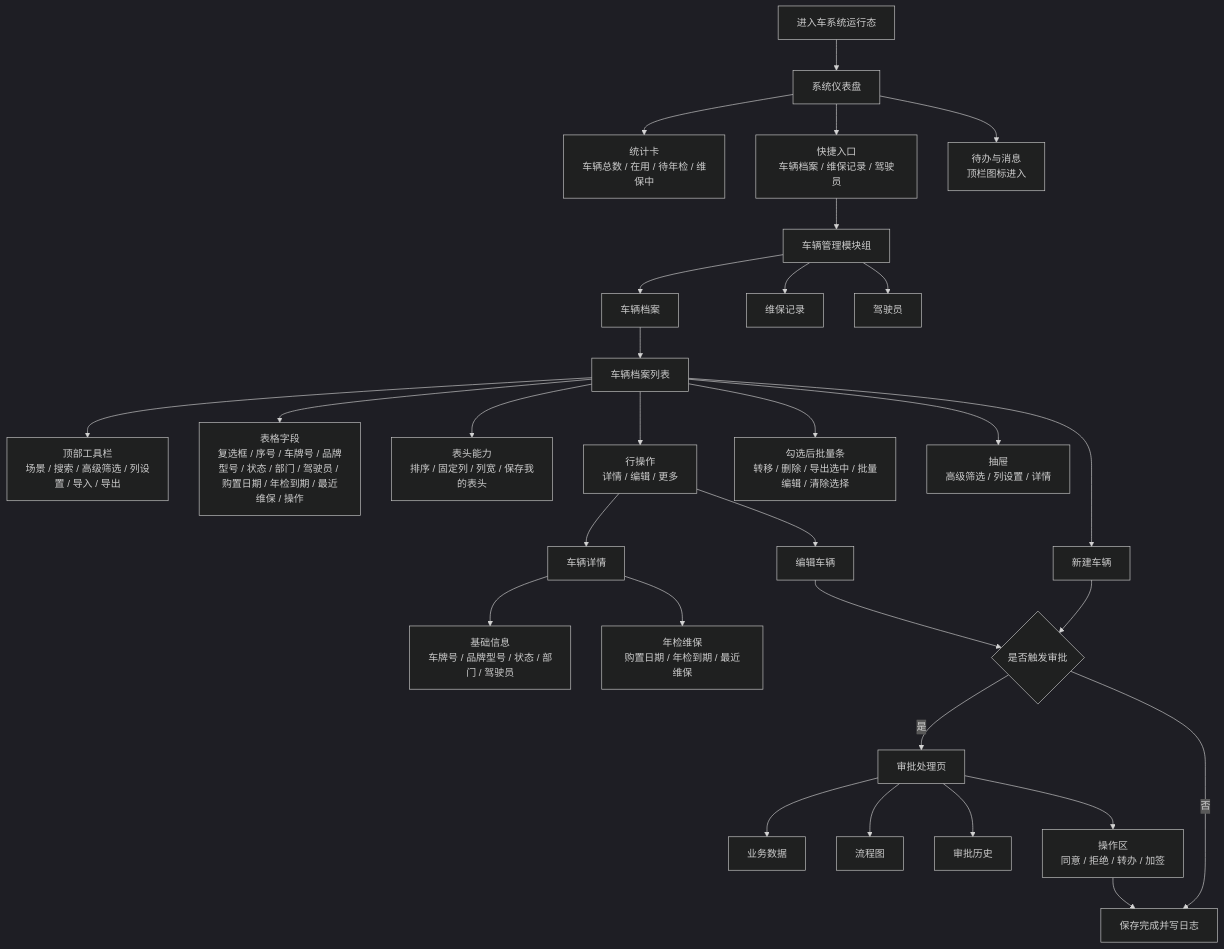
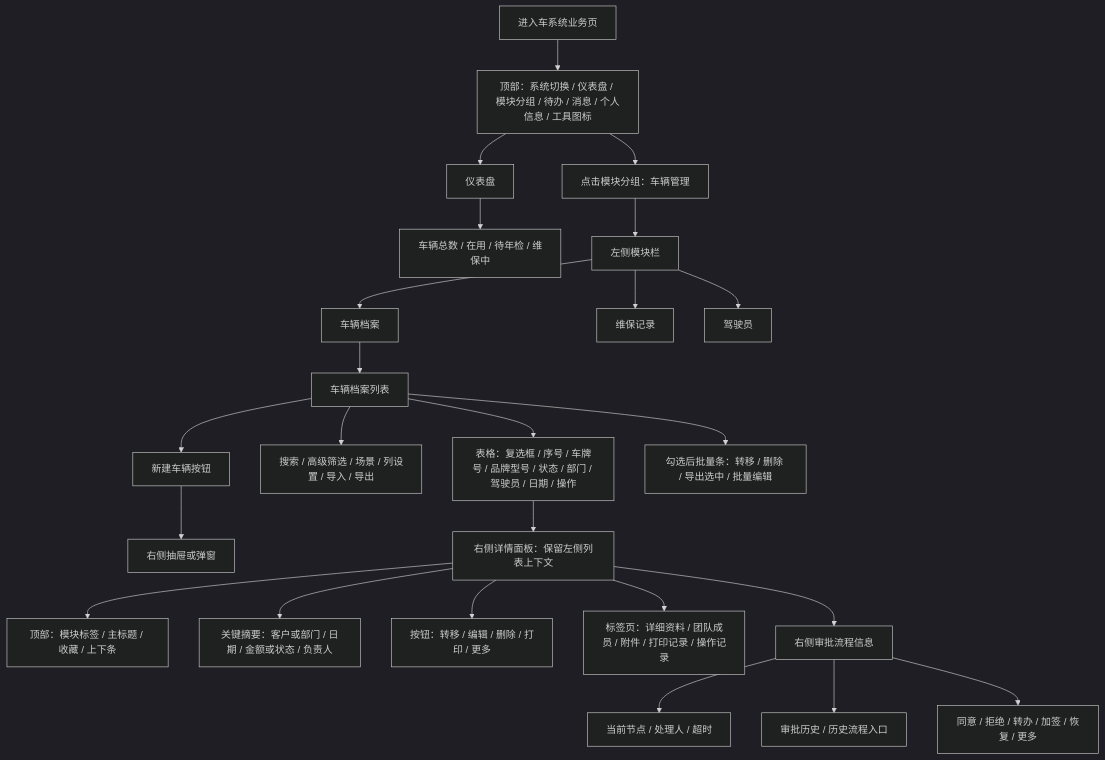
Before and after one commit to ceshi20160607/examine2: the third of 6 diagrams in docs/product-ns-map.md, drawn with Mermaid (dark theme). The commit also changed other lines of this file and 112 other files, not shown here.

````diff
--- a/docs/product-ns-map.md
+++ b/docs/product-ns-map.md
@@ -216,36 +120,27 @@
 ```mermaid
 flowchart TD
-    A["进入车系统运行态"] --> B["系统仪表盘"]
-    B --> B1["统计卡<br/>车辆总数 / 在用 / 待年检 / 维保中"]
-    B --> B2["快捷入口<br/>车辆档案 / 维保记录 / 驾驶员"]
-    B --> B3["待办与消息<br/>顶栏图标进入"]
+    A["进入车系统业务页"] --> B["顶部：系统切换 / 仪表盘 / 模块分组 / 待办 / 消息 / 个人信息 / 工具图标"]
+    B --> C["仪表盘"]
+    C --> C1["车辆总数 / 在用 / 待年检 / 维保中"]
+    B --> D["点击模块分组：车辆管理"]
+    D --> L["左侧模块栏"]
+    L --> D1["车辆档案"]
+    L --> D2["维保记录"]
+    L --> D3["驾驶员"]
 
-    B2 --> C["车辆管理模块组"]
-    C --> C1["车辆档案"]
-    C --> C2["维保记录"]
-    C --> C3["驾驶员"]
-
-    C1 --> D["车辆档案列表"]
-    D --> D1["顶部工具栏<br/>场景 / 搜索 / 高级筛选 / 列设置 / 导入 / 导出"]
-    D --> D2["表格字段<br/>复选框 / 序号 / 车牌号 / 品牌型号 / 状态 / 部门 / 驾驶员 / 购置日期 / 年检到期 / 最近维保 / 操作"]
-    D --> D3["表头能力<br/>排序 / 固定列 / 列宽 / 保存我的表头"]
-    D --> D4["行操作<br/>详情 / 编辑 / 更多"]
-    D --> D5["勾选后批量条<br/>转移 / 删除 / 导出选中 / 批量编辑 / 清除选择"]
-    D --> D6["抽屉<br/>高级筛选 / 列设置 / 详情"]
-
-    D4 --> E["车辆详情"]
-    D4 --> F["编辑车辆"]
-    D --> G["新建车辆"]
-    E --> E1["基础信息<br/>车牌号 / 品牌型号 / 状态 / 部门 / 驾驶员"]
-    E --> E2["年检维保<br/>购置日期 / 年检到期 / 最近维保"]
-    G --> H{"是否触发审批"}
-    F --> H
-    H -->|是| I["审批处理页"]
-    H -->|否| J["保存完成并写日志"]
-
-    I --> I1["业务数据"]
-    I --> I2["流程图"]
-    I --> I3["审批历史"]
-    I --> I4["操作区<br/>同意 / 拒绝 / 转办 / 加签"]
-    I4 --> J
+    D1 --> E["车辆档案列表"]
+    E --> E1["新建车辆按钮"]
+    E1 --> F["右侧抽屉或弹窗"]
+    E --> E2["搜索 / 高级筛选 / 场景 / 列设置 / 导入 / 导出"]
+    E --> E3["表格：复选框 / 序号 / 车牌号 / 品牌型号 / 状态 / 部门 / 驾驶员 / 日期 / 操作"]
+    E --> E4["勾选后批量条：转移 / 删除 / 导出选中 / 批量编辑"]
+    E3 --> G["右侧详情面板：保留左侧列表上下文"]
+    G --> G1["顶部：模块标签 / 主标题 / 收藏 / 上下条"]
+    G --> G2["关键摘要：客户或部门 / 日期 / 金额或状态 / 负责人"]
+    G --> G3["按钮：转移 / 编辑 / 删除 / 打印 / 更多"]
+    G --> G4["标签页：详细资料 / 团队成员 / 附件 / 打印记录 / 操作记录"]
+    G --> H["右侧审批流程信息"]
+    H --> H1["当前节点 / 处理人 / 超时"]
+    H --> H2["审批历史 / 历史流程入口"]
+    H --> H3["同意 / 拒绝 / 转办 / 加签 / 恢复 / 更多"]
 ```
````
